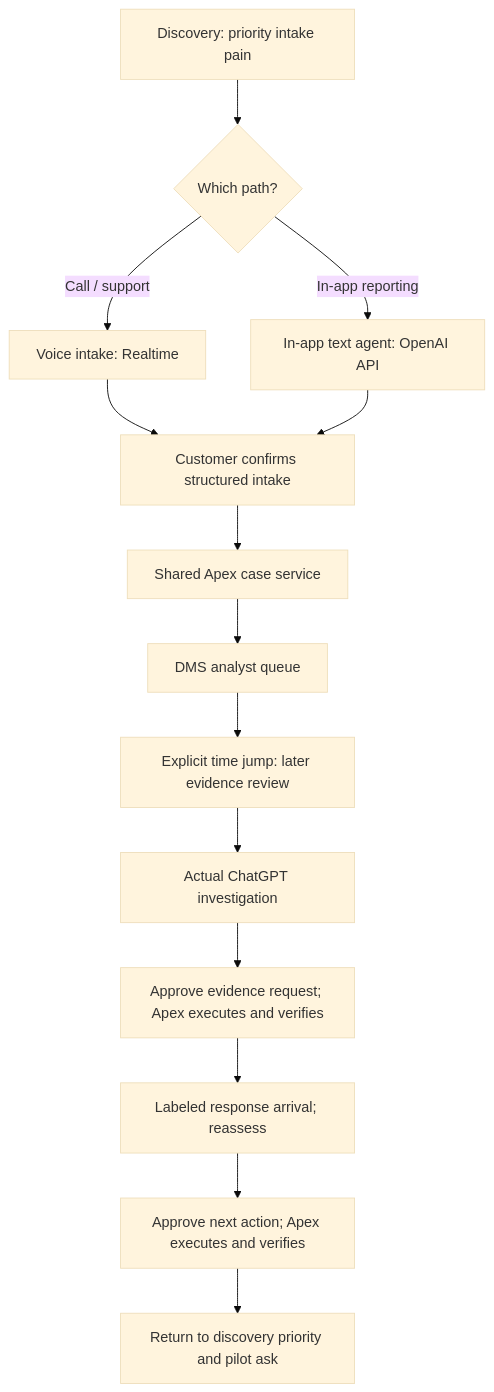
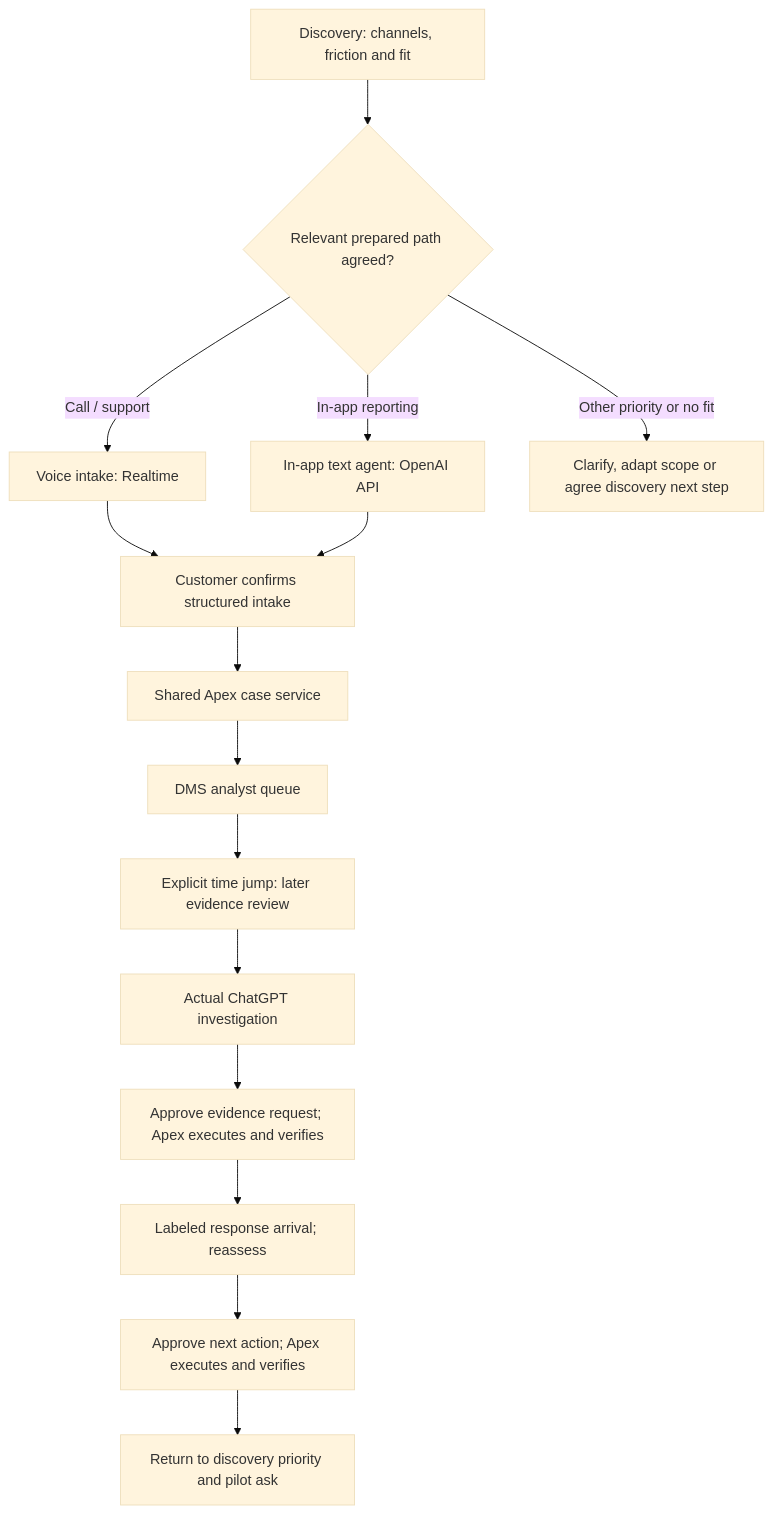
The diagram in docs/discovery-and-outcomes.md (buildtheo/apex_demo), drawn with Mermaid (base theme) before and after one commit. The commit also changed other lines of this file and 3 other files, not shown here.

````diff
--- a/docs/discovery-and-outcomes.md
+++ b/docs/discovery-and-outcomes.md
@@ -36,16 +77,17 @@
 ```mermaid
 flowchart TD
-    A["Discovery: priority intake pain"] --> B{"Which path?"}
+    A["Discovery: channels, friction and fit"] --> B{"Relevant prepared path agreed?"}
     B -->|"Call / support"| C["Voice intake: Realtime"]
     B -->|"In-app reporting"| D["In-app text agent: OpenAI API"]
+    B -->|"Other priority or no fit"| N["Clarify, adapt scope or agree discovery next step"]
     C --> M["Customer confirms structured intake"]
     D --> M
     M --> E["Shared Apex case service"]
     E --> F["DMS analyst queue"]
     F --> G["Explicit time jump: later evidence review"]
     G --> H["Actual ChatGPT investigation"]
     H --> I["Approve evidence request; Apex executes and verifies"]
     I --> J["Labeled response arrival; reassess"]
     J --> K["Approve next action; Apex executes and verifies"]
     K --> L["Return to discovery priority and pilot ask"]
 ```
````
